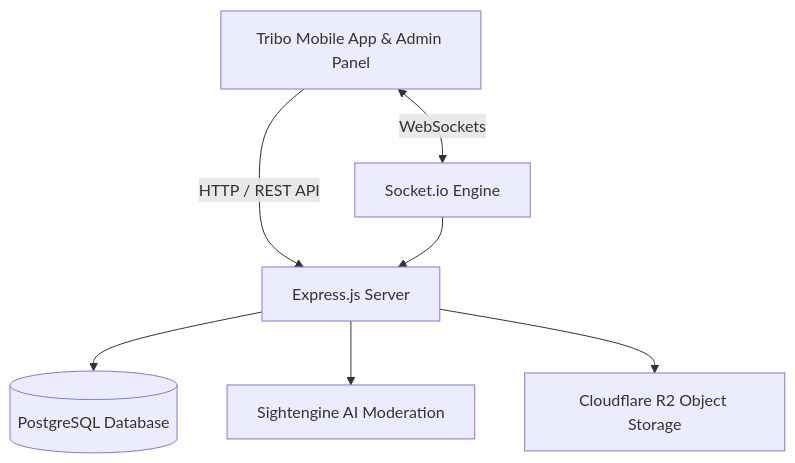
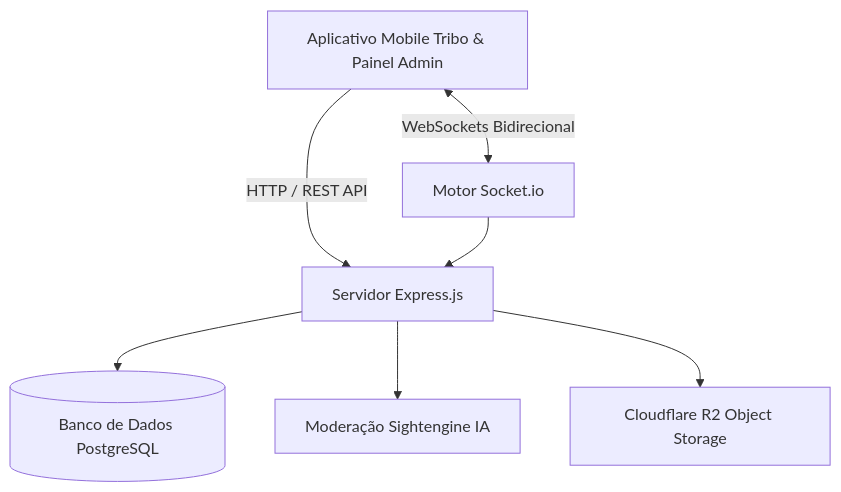
Before and after one commit to luan-Silva-Dev-0fc/tribo-api: the diagram in README.md, drawn with Mermaid. The commit also changed other lines of this file, not shown here.

````diff
--- a/README.md
+++ b/README.md
@@ -85,9 +85,9 @@
 ```mermaid
 graph TD
-    Client[Tribo Mobile App & Admin Panel] -->|HTTP / REST API| Express[Express.js Server]
-    Client <-->|WebSockets| SocketIO[Socket.io Engine]
-    Express --> DB[(PostgreSQL Database)]
-    Express --> Sightengine[Sightengine AI Moderation]
-    Express --> Storage[Cloudflare R2 Object Storage]
-    SocketIO --> Express
+    Cliente[Aplicativo Mobile Tribo & Painel Admin] -->|HTTP / REST API| ServidorExpress[Servidor Express.js]
+    Cliente <-->|WebSockets Bidirecional| MotorSocket[Motor Socket.io]
+    ServidorExpress --> BancoPostgres[(Banco de Dados PostgreSQL)]
+    ServidorExpress --> ModeracaoSightengine[Moderação Sightengine IA]
+    ServidorExpress --> ArmazenamentoR2[Cloudflare R2 Object Storage]
+    MotorSocket --> ServidorExpress
 ```
````
